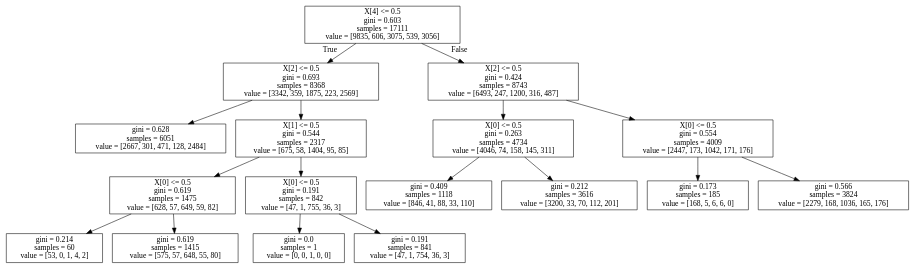
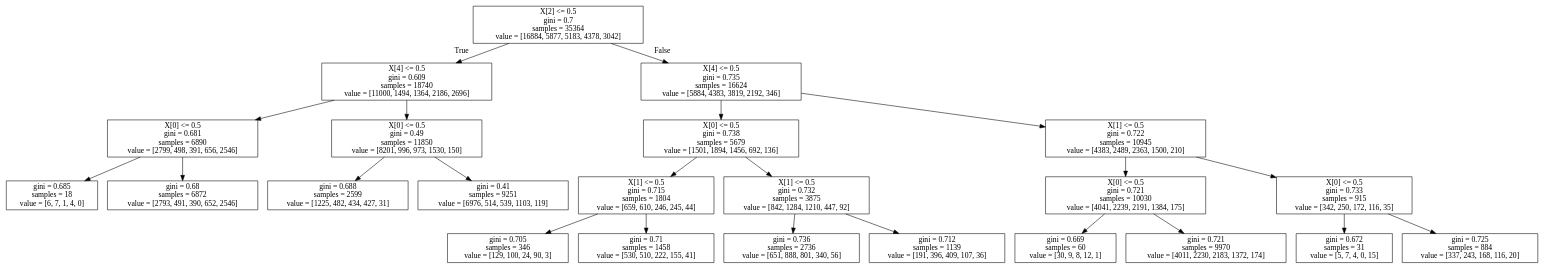
One commit to jesbu1/viper changed the diagram in data/karel/ppo/0000r0+env_task=topOff+max_depth=15+n_batch_rollou=10+max_samples=100000+max_iters=80+train_frac=0.8+is_reweight=False0.10.1/dt_policy.dot. Above: the diagram before and after it, drawn with Graphviz. The commit also changed 60 other files, not shown here.

```diff
--- a/data/karel/ppo/0000r0+env_task=topOff+max_depth=15+n_batch_rollou=10+max_samples=100000+max_iters=80+train_frac=0.8+is_reweight=False0.10.1/dt_policy.dot
+++ b/data/karel/ppo/0000r0+env_task=topOff+max_depth=15+n_batch_rollou=10+max_samples=100000+max_iters=80+train_frac=0.8+is_reweight=False0.10.1/dt_policy.dot
@@ -1,36 +1,48 @@
 digraph Tree {
 node [shape=box] ;
-0 [label="X[4] <= 0.5\ngini = 0.603\nsamples = 17111\nvalue = [9835, 606, 3075, 539, 3056]"] ;
-1 [label="X[2] <= 0.5\ngini = 0.693\nsamples = 8368\nvalue = [3342, 359, 1875, 223, 2569]"] ;
+0 [label="X[2] <= 0.5\ngini = 0.7\nsamples = 35364\nvalue = [16884, 5877, 5183, 4378, 3042]"] ;
+1 [label="X[4] <= 0.5\ngini = 0.609\nsamples = 18740\nvalue = [11000, 1494, 1364, 2186, 2696]"] ;
 0 -> 1 [labeldistance=2.5, labelangle=45, headlabel="True"] ;
-2 [label="gini = 0.628\nsamples = 6051\nvalue = [2667, 301, 471, 128, 2484]"] ;
+2 [label="X[0] <= 0.5\ngini = 0.681\nsamples = 6890\nvalue = [2799, 498, 391, 656, 2546]"] ;
 1 -> 2 ;
-3 [label="X[1] <= 0.5\ngini = 0.544\nsamples = 2317\nvalue = [675, 58, 1404, 95, 85]"] ;
-1 -> 3 ;
-4 [label="X[0] <= 0.5\ngini = 0.619\nsamples = 1475\nvalue = [628, 57, 649, 59, 82]"] ;
-3 -> 4 ;
-5 [label="gini = 0.214\nsamples = 60\nvalue = [53, 0, 1, 4, 2]"] ;
-4 -> 5 ;
-6 [label="gini = 0.619\nsamples = 1415\nvalue = [575, 57, 648, 55, 80]"] ;
-4 -> 6 ;
-7 [label="X[0] <= 0.5\ngini = 0.191\nsamples = 842\nvalue = [47, 1, 755, 36, 3]"] ;
-3 -> 7 ;
-8 [label="gini = 0.0\nsamples = 1\nvalue = [0, 0, 1, 0, 0]"] ;
-7 -> 8 ;
-9 [label="gini = 0.191\nsamples = 841\nvalue = [47, 1, 754, 36, 3]"] ;
-7 -> 9 ;
-10 [label="X[2] <= 0.5\ngini = 0.424\nsamples = 8743\nvalue = [6493, 247, 1200, 316, 487]"] ;
-0 -> 10 [labeldistance=2.5, labelangle=-45, headlabel="False"] ;
-11 [label="X[0] <= 0.5\ngini = 0.263\nsamples = 4734\nvalue = [4046, 74, 158, 145, 311]"] ;
+3 [label="gini = 0.685\nsamples = 18\nvalue = [6, 7, 1, 4, 0]"] ;
+2 -> 3 ;
+4 [label="gini = 0.68\nsamples = 6872\nvalue = [2793, 491, 390, 652, 2546]"] ;
+2 -> 4 ;
+5 [label="X[0] <= 0.5\ngini = 0.49\nsamples = 11850\nvalue = [8201, 996, 973, 1530, 150]"] ;
+1 -> 5 ;
+6 [label="gini = 0.688\nsamples = 2599\nvalue = [1225, 482, 434, 427, 31]"] ;
+5 -> 6 ;
+7 [label="gini = 0.41\nsamples = 9251\nvalue = [6976, 514, 539, 1103, 119]"] ;
+5 -> 7 ;
+8 [label="X[4] <= 0.5\ngini = 0.735\nsamples = 16624\nvalue = [5884, 4383, 3819, 2192, 346]"] ;
+0 -> 8 [labeldistance=2.5, labelangle=-45, headlabel="False"] ;
+9 [label="X[0] <= 0.5\ngini = 0.738\nsamples = 5679\nvalue = [1501, 1894, 1456, 692, 136]"] ;
+8 -> 9 ;
+10 [label="X[1] <= 0.5\ngini = 0.715\nsamples = 1804\nvalue = [659, 610, 246, 245, 44]"] ;
+9 -> 10 ;
+11 [label="gini = 0.705\nsamples = 346\nvalue = [129, 100, 24, 90, 3]"] ;
 10 -> 11 ;
-12 [label="gini = 0.409\nsamples = 1118\nvalue = [846, 41, 88, 33, 110]"] ;
-11 -> 12 ;
-13 [label="gini = 0.212\nsamples = 3616\nvalue = [3200, 33, 70, 112, 201]"] ;
-11 -> 13 ;
-14 [label="X[0] <= 0.5\ngini = 0.554\nsamples = 4009\nvalue = [2447, 173, 1042, 171, 176]"] ;
-10 -> 14 ;
-15 [label="gini = 0.173\nsamples = 185\nvalue = [168, 5, 6, 6, 0]"] ;
-14 -> 15 ;
-16 [label="gini = 0.566\nsamples = 3824\nvalue = [2279, 168, 1036, 165, 176]"] ;
-14 -> 16 ;
+12 [label="gini = 0.71\nsamples = 1458\nvalue = [530, 510, 222, 155, 41]"] ;
+10 -> 12 ;
+13 [label="X[1] <= 0.5\ngini = 0.732\nsamples = 3875\nvalue = [842, 1284, 1210, 447, 92]"] ;
+9 -> 13 ;
+14 [label="gini = 0.736\nsamples = 2736\nvalue = [651, 888, 801, 340, 56]"] ;
+13 -> 14 ;
+15 [label="gini = 0.712\nsamples = 1139\nvalue = [191, 396, 409, 107, 36]"] ;
+13 -> 15 ;
+16 [label="X[1] <= 0.5\ngini = 0.722\nsamples = 10945\nvalue = [4383, 2489, 2363, 1500, 210]"] ;
+8 -> 16 ;
+17 [label="X[0] <= 0.5\ngini = 0.721\nsamples = 10030\nvalue = [4041, 2239, 2191, 1384, 175]"] ;
+16 -> 17 ;
+18 [label="gini = 0.669\nsamples = 60\nvalue = [30, 9, 8, 12, 1]"] ;
+17 -> 18 ;
+19 [label="gini = 0.721\nsamples = 9970\nvalue = [4011, 2230, 2183, 1372, 174]"] ;
+17 -> 19 ;
+20 [label="X[0] <= 0.5\ngini = 0.733\nsamples = 915\nvalue = [342, 250, 172, 116, 35]"] ;
+16 -> 20 ;
+21 [label="gini = 0.672\nsamples = 31\nvalue = [5, 7, 4, 0, 15]"] ;
+20 -> 21 ;
+22 [label="gini = 0.725\nsamples = 884\nvalue = [337, 243, 168, 116, 20]"] ;
+20 -> 22 ;
 }
```
